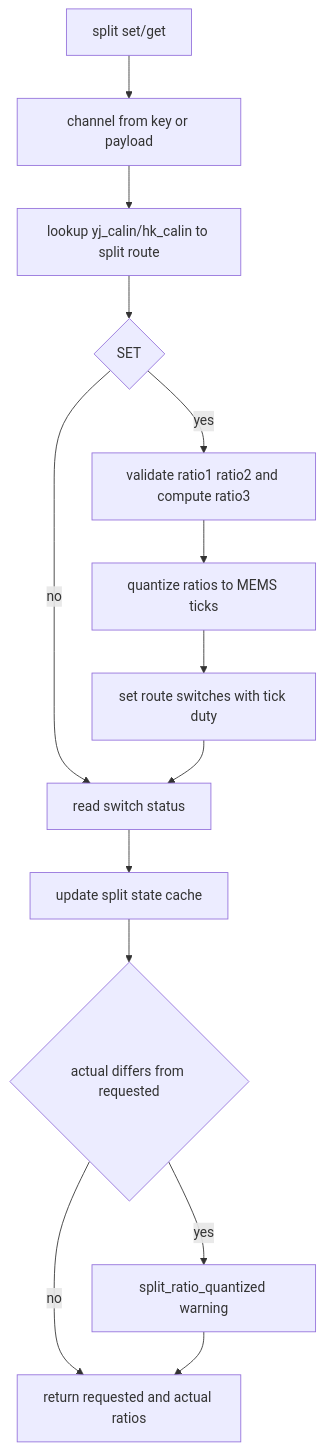
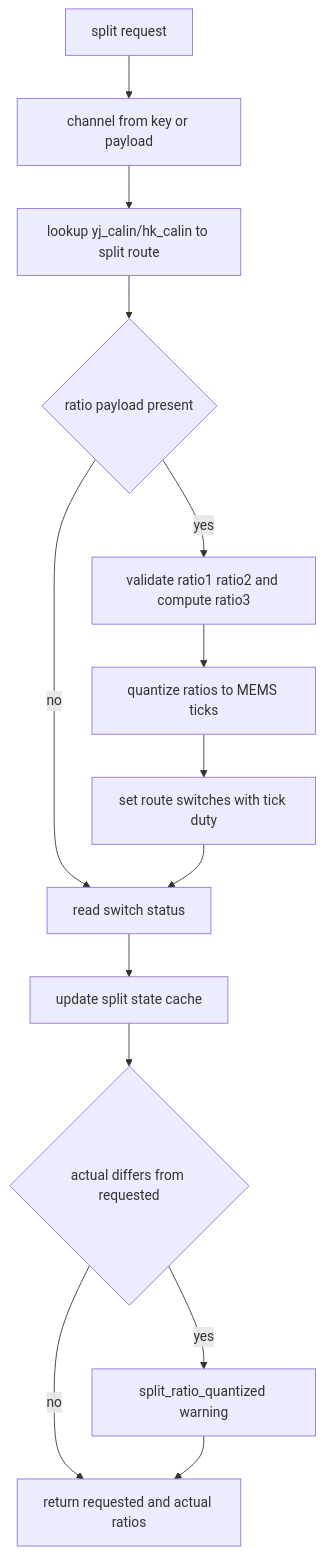
One commit to COO-Utilities/hispec-tib changed diagram 12 of 17 in doc/diagrams.md. Above: the diagram before and after it, drawn with Mermaid. The commit also changed other lines of this file and 5 other files, not shown here.

Commit message:
Refactor command documentation: update query/effect request distinctions, improve classification clarity, and align with schema-standard naming.

````diff
--- a/doc/diagrams.md
+++ b/doc/diagrams.md
@@ -222,16 +222,16 @@
 ```mermaid
 flowchart TD
-  Split[split set/get] --> Channel[channel from key or payload]
+  Split[split request] --> Channel[channel from key or payload]
   Channel --> Route[lookup yj_calin/hk_calin to split route]
-  Route --> Set{SET}
-  Set -- no --> Read[read switch status]
-  Set -- yes --> Ratios[validate ratio1 ratio2 and compute ratio3]
+  Route --> Effect{ratio payload present}
+  Effect -- no --> Read[read switch status]
+  Effect -- yes --> Ratios[validate ratio1 ratio2 and compute ratio3]
   Ratios --> Ticks[quantize ratios to MEMS ticks]
   Ticks --> Apply[set route switches with tick duty]
   Apply --> Read
   Read --> Cache[update split state cache]
   Cache --> Warn{actual differs from requested}
   Warn -- yes --> Emit[split_ratio_quantized warning]
   Warn -- no --> Response[return requested and actual ratios]
   Emit --> Response
 ```
````
